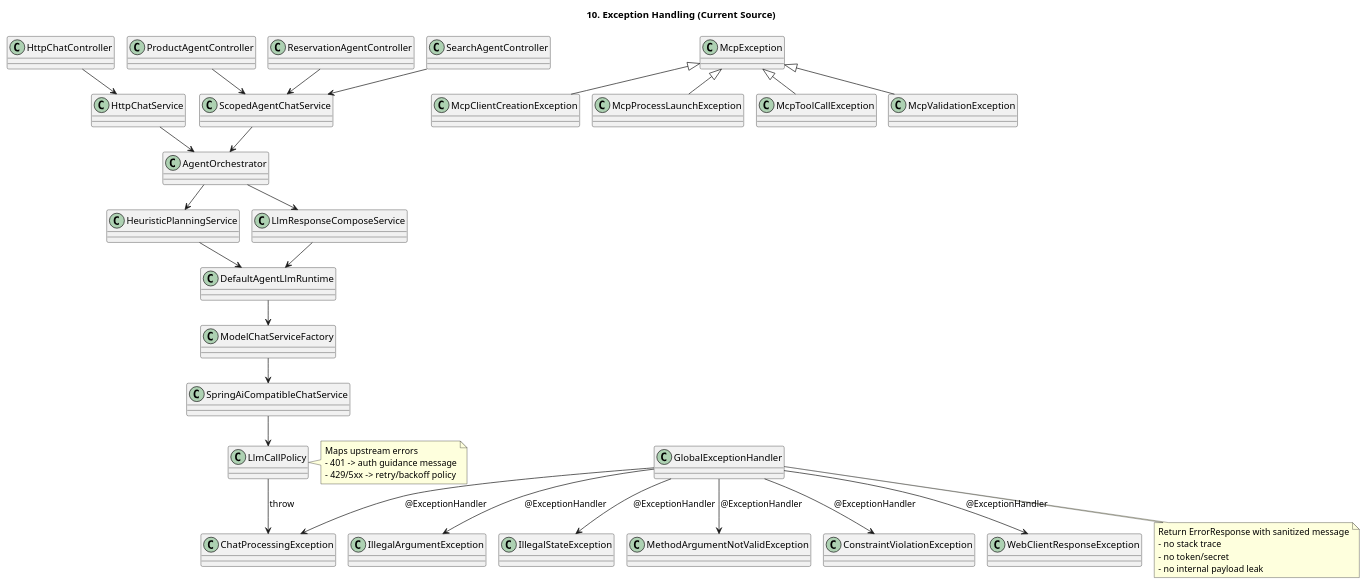
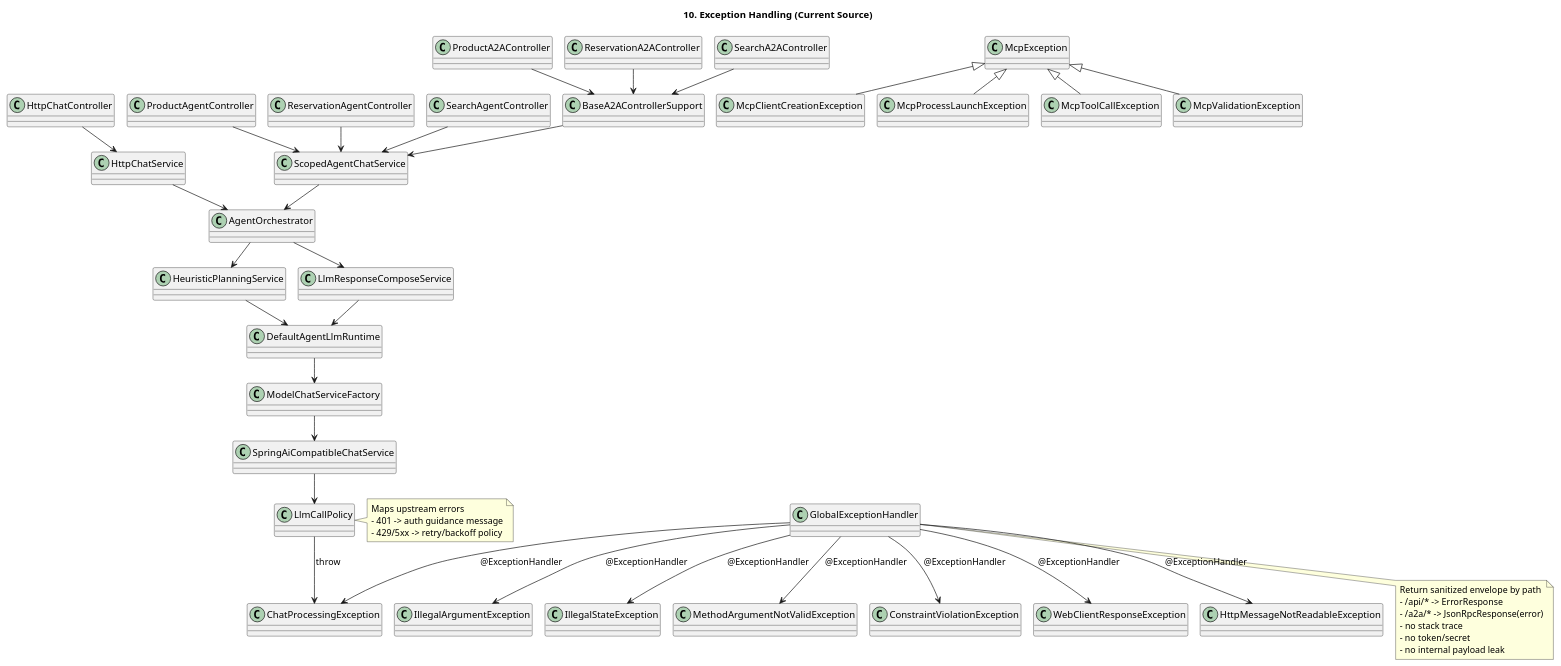
Before and after one commit to kim57uak/spring-ai: the diagram in documents/mcp-orchestrator-architecture/10-exception-handling.puml, drawn with PlantUML. The commit also changed 123 other files, not shown here.

```diff
--- a/documents/mcp-orchestrator-architecture/10-exception-handling.puml
+++ b/documents/mcp-orchestrator-architecture/10-exception-handling.puml
@@ -1,70 +1,81 @@
 @startuml
 !pragma layout smetana
 title 10. Exception Handling (Current Source)
 
 skinparam shadowing false
 skinparam componentStyle rectangle
 
 class HttpChatController
 class ProductAgentController
 class ReservationAgentController
 class SearchAgentController
+class BaseA2AControllerSupport
+class ProductA2AController
+class ReservationA2AController
+class SearchA2AController
 class HttpChatService
 class ScopedAgentChatService
 class AgentOrchestrator
 class HeuristicPlanningService
 class LlmResponseComposeService
 class DefaultAgentLlmRuntime
 class ModelChatServiceFactory
 class LlmCallPolicy
 class SpringAiCompatibleChatService
 class GlobalExceptionHandler
 
 class ChatProcessingException
 class McpException
 class McpClientCreationException
 class McpProcessLaunchException
 class McpToolCallException
 class McpValidationException
 
 HttpChatController --> HttpChatService
 ProductAgentController --> ScopedAgentChatService
 ReservationAgentController --> ScopedAgentChatService
 SearchAgentController --> ScopedAgentChatService
+ProductA2AController --> BaseA2AControllerSupport
+ReservationA2AController --> BaseA2AControllerSupport
+SearchA2AController --> BaseA2AControllerSupport
+BaseA2AControllerSupport --> ScopedAgentChatService
 ScopedAgentChatService --> AgentOrchestrator
 HttpChatService --> AgentOrchestrator
 AgentOrchestrator --> HeuristicPlanningService
 AgentOrchestrator --> LlmResponseComposeService
 HeuristicPlanningService --> DefaultAgentLlmRuntime
 LlmResponseComposeService --> DefaultAgentLlmRuntime
 DefaultAgentLlmRuntime --> ModelChatServiceFactory
 ModelChatServiceFactory --> SpringAiCompatibleChatService
 SpringAiCompatibleChatService --> LlmCallPolicy
 
 LlmCallPolicy --> ChatProcessingException : throw
 GlobalExceptionHandler --> ChatProcessingException : @ExceptionHandler
 GlobalExceptionHandler --> IllegalArgumentException : @ExceptionHandler
 GlobalExceptionHandler --> IllegalStateException : @ExceptionHandler
 GlobalExceptionHandler --> MethodArgumentNotValidException : @ExceptionHandler
 GlobalExceptionHandler --> ConstraintViolationException : @ExceptionHandler
 GlobalExceptionHandler --> WebClientResponseException : @ExceptionHandler
+GlobalExceptionHandler --> HttpMessageNotReadableException : @ExceptionHandler
 
 McpException <|-- McpClientCreationException
 McpException <|-- McpProcessLaunchException
 McpException <|-- McpToolCallException
 McpException <|-- McpValidationException
 
 note bottom of GlobalExceptionHandler
-Return ErrorResponse with sanitized message
+Return sanitized envelope by path
+- /api/* -> ErrorResponse
+- /a2a/* -> JsonRpcResponse(error)
 - no stack trace
 - no token/secret
 - no internal payload leak
 end note
 
 note right of LlmCallPolicy
 Maps upstream errors
 - 401 -> auth guidance message
 - 429/5xx -> retry/backoff policy
 end note
 
 @enduml
```
